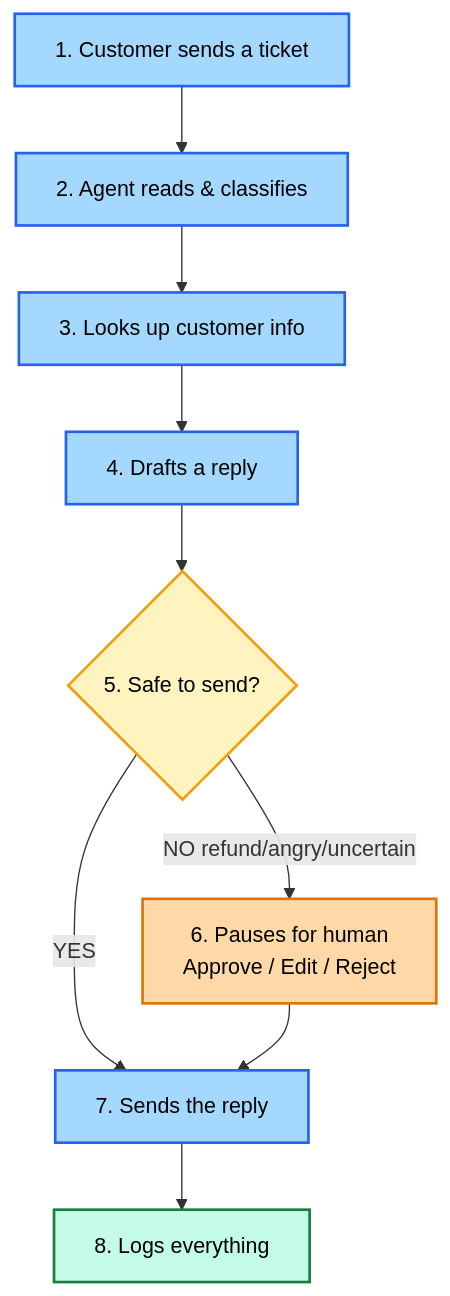
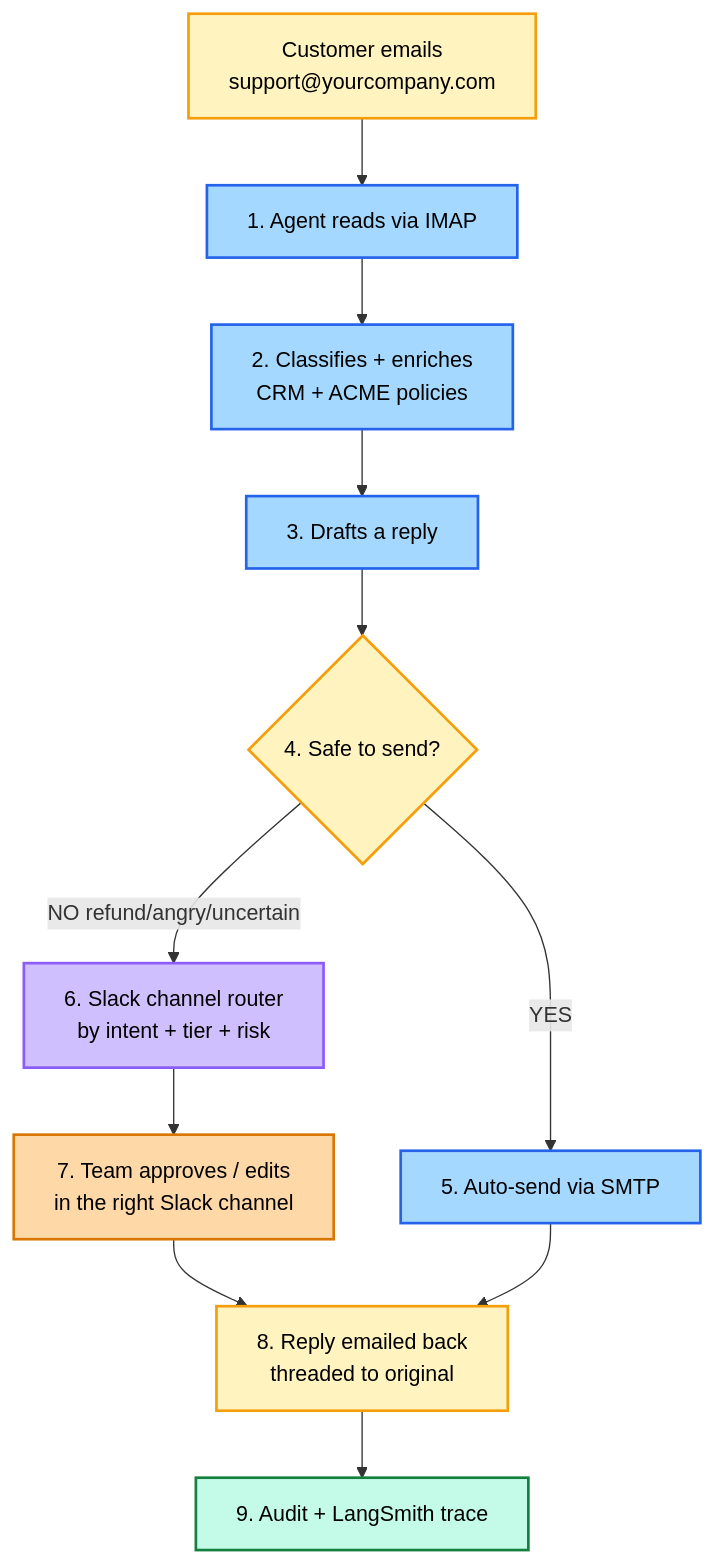
One commit to Ranjith36963/hitl-support-agent changed the first of 4 diagrams in docs/architecture.md. Above: the diagram before and after it, drawn with Mermaid. The commit also changed other lines of this file and 1 other file, not shown here.

````diff
--- a/docs/architecture.md
+++ b/docs/architecture.md
@@ -5,22 +5,28 @@
 ```mermaid
 flowchart TD
-    S1[1. Customer sends a ticket]:::blue
-    S2[2. Agent reads & classifies]:::blue
-    S3[3. Looks up customer info]:::blue
-    S4[4. Drafts a reply]:::blue
-    S5{5. Safe to send?}:::yellow
-    S6[6. Pauses for human<br/>Approve / Edit / Reject]:::orange
-    S7[7. Sends the reply]:::blue
-    S8[8. Logs everything]:::green
+    S0[Customer emails<br/>support@yourcompany.com]:::email
+    S1[1. Agent reads via IMAP]:::blue
+    S2[2. Classifies + enriches<br/>CRM + ACME policies]:::blue
+    S3[3. Drafts a reply]:::blue
+    S4{4. Safe to send?}:::yellow
+    S5[5. Auto-send via SMTP]:::blue
+    S6[6. Slack channel router<br/>by intent + tier + risk]:::slack
+    S7[7. Team approves / edits<br/>in the right Slack channel]:::orange
+    S8[8. Reply emailed back<br/>threaded to original]:::email
+    S9[9. Audit + LangSmith trace]:::green
 
-    S1 --> S2 --> S3 --> S4 --> S5
-    S5 -->|YES| S7
-    S5 -->|NO refund/angry/uncertain| S6
+    S0 --> S1 --> S2 --> S3 --> S4
+    S4 -->|YES| S5
+    S4 -->|NO refund/angry/uncertain| S6
     S6 --> S7
     S7 --> S8
+    S5 --> S8
+    S8 --> S9
 
+    classDef email fill:#fff3bf,stroke:#f59e0b,stroke-width:2px,color:#000
     classDef blue fill:#a5d8ff,stroke:#2563eb,stroke-width:2px,color:#000
     classDef yellow fill:#fff3bf,stroke:#f59e0b,stroke-width:2px,color:#000
+    classDef slack fill:#d0bfff,stroke:#8b5cf6,stroke-width:2px,color:#000
     classDef orange fill:#ffd8a8,stroke:#d97706,stroke-width:2px,color:#000
     classDef green fill:#c3fae8,stroke:#15803d,stroke-width:2px,color:#000
 ```
````
